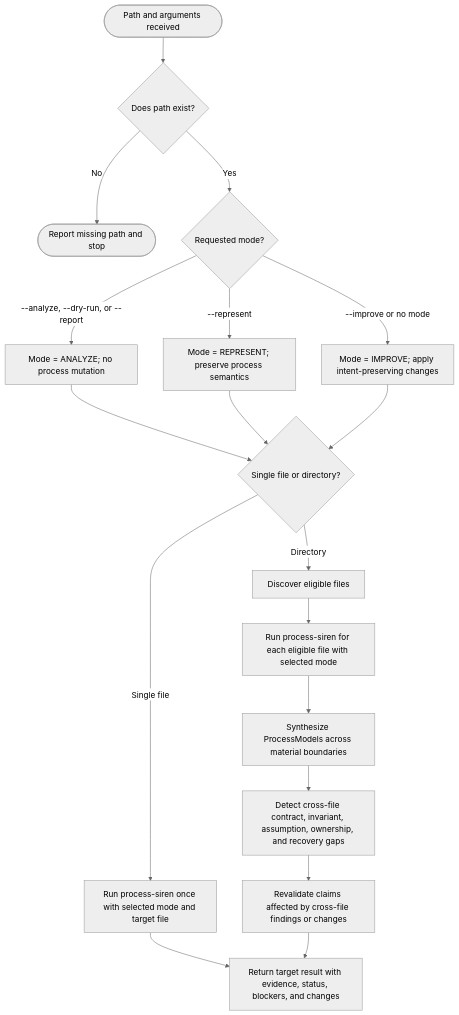
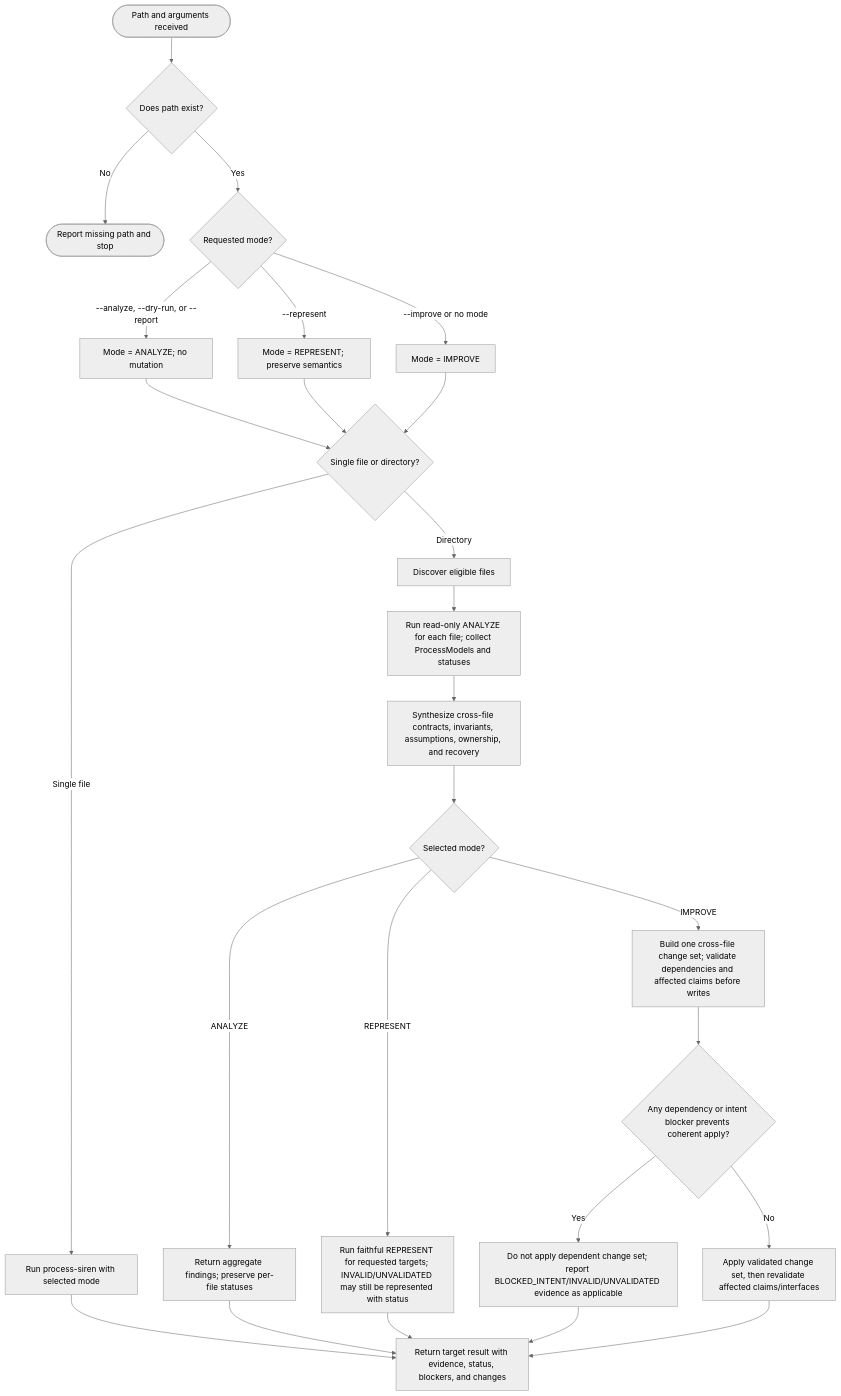
One commit to Jamie-BitFlight/claude_skills changed the diagram in plugins/process-siren/skills/woo-sailor/SKILL.md. Above: the diagram before and after it, drawn with Mermaid (neutral theme). The commit also changed other lines of this file, not shown here.

Commit message:
fix(process-siren): synthesize bulk improvements before mutation

````diff
--- a/plugins/process-siren/skills/woo-sailor/SKILL.md
+++ b/plugins/process-siren/skills/woo-sailor/SKILL.md
@@ -20,20 +20,28 @@
 ```mermaid
 flowchart TD
     Start(["Path and arguments received"]) --> Exists{"Does path exist?"}
     Exists -->|"No"| Stop(["Report missing path and stop"])
     Exists -->|"Yes"| Mode{"Requested mode?"}
-    Mode -->|"--analyze, --dry-run, or --report"| Analyze["Mode = ANALYZE; no process mutation"]
-    Mode -->|"--represent"| Represent["Mode = REPRESENT; preserve process semantics"]
-    Mode -->|"--improve or no mode"| Improve["Mode = IMPROVE; apply intent-preserving changes"]
+    Mode -->|"--analyze, --dry-run, or --report"| Analyze["Mode = ANALYZE; no mutation"]
+    Mode -->|"--represent"| Represent["Mode = REPRESENT; preserve semantics"]
+    Mode -->|"--improve or no mode"| Improve["Mode = IMPROVE"]
     Analyze --> Scope{"Single file or directory?"}
     Represent --> Scope
     Improve --> Scope
-    Scope -->|"Single file"| One["Run process-siren once with selected mode and target file"]
+    Scope -->|"Single file"| One["Run process-siren with selected mode"]
     Scope -->|"Directory"| Discover["Discover eligible files"]
-    Discover --> PerFile["Run process-siren for each eligible file with selected mode"]
-    PerFile --> Synthesize["Synthesize ProcessModels across material boundaries"]
-    Synthesize --> Cross["Detect cross-file contract, invariant, assumption, ownership, and recovery gaps"]
-    Cross --> Revalidate["Revalidate claims affected by cross-file findings or changes"]
+    Discover --> Models["Run read-only ANALYZE for each file; collect ProcessModels and statuses"]
+    Models --> Synthesize["Synthesize cross-file contracts, invariants, assumptions, ownership, and recovery"]
+    Synthesize --> Route{"Selected mode?"}
+    Route -->|"ANALYZE"| Aggregate["Return aggregate findings; preserve per-file statuses"]
+    Route -->|"REPRESENT"| Render["Run faithful REPRESENT for requested targets; INVALID/UNVALIDATED may still be represented with status"]
+    Route -->|"IMPROVE"| Plan["Build one cross-file change set; validate dependencies and affected claims before writes"]
+    Plan --> Safe{"Any dependency or intent blocker prevents coherent apply?"}
+    Safe -->|"Yes"| Block["Do not apply dependent change set; report BLOCKED_INTENT/INVALID/UNVALIDATED evidence as applicable"]
+    Safe -->|"No"| Apply["Apply validated change set, then revalidate affected claims/interfaces"]
     One --> Result["Return target result with evidence, status, blockers, and changes"]
-    Revalidate --> Result
+    Aggregate --> Result
+    Render --> Result
+    Block --> Result
+    Apply --> Result
 ```
````
